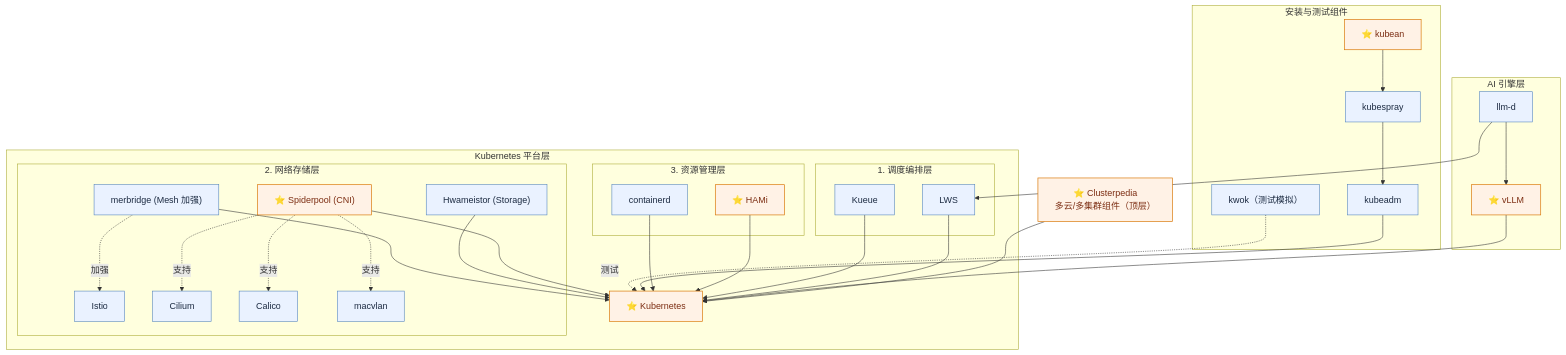
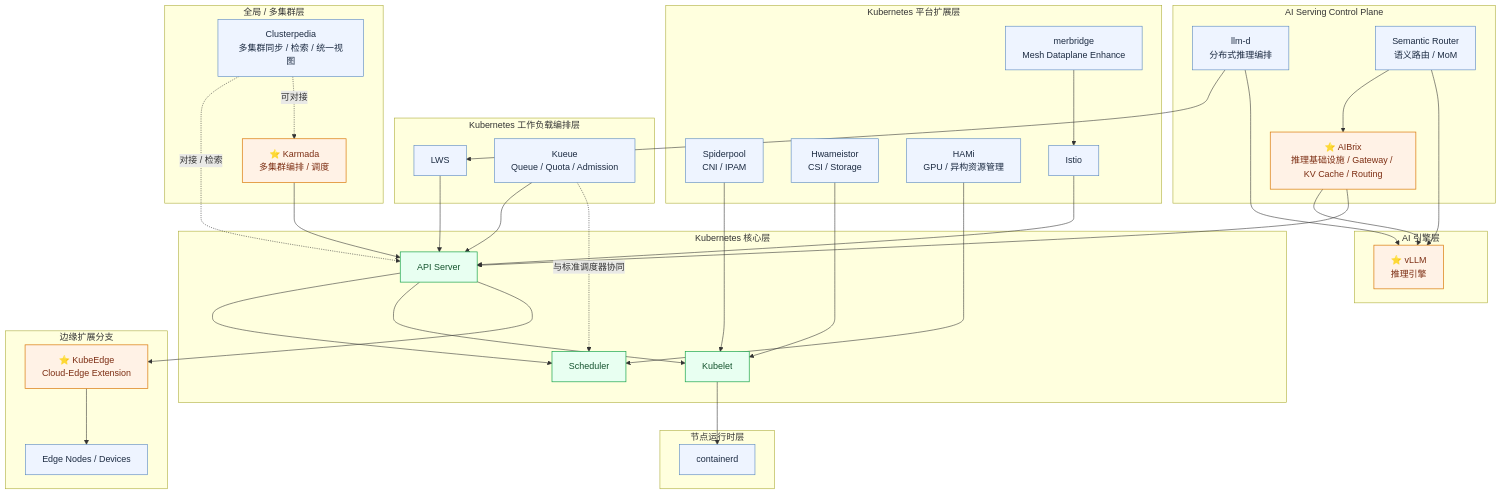
Before and after one commit to pacoxu/AI-Infra: the diagram in case-study/daocloud.md, drawn with Mermaid.

Commit message:
docs(case-study): update daocloud diagram to new layered topology

````diff
--- a/case-study/daocloud.md
+++ b/case-study/daocloud.md
@@ -19,69 +19,87 @@
 ```mermaid
 flowchart TB
-  CP["⭐ Clusterpedia<br/>多云/多集群组件（顶层）"]
-
-  subgraph AI["AI 引擎层"]
-    VLLM["⭐ vLLM"]
-    LLMD["llm-d"]
+  subgraph GLOBAL["全局 / 多集群层"]
+    KAR["⭐ Karmada<br/>多集群编排 / 调度"]
+    CP["Clusterpedia<br/>多集群同步 / 检索 / 统一视图"]
   end
 
-  subgraph K8S["Kubernetes 平台层"]
-    KCORE["⭐ Kubernetes"]
-
-    subgraph SCHED["1. 调度编排层"]
-      LWS["LWS"]
-      KUEUE["Kueue"]
-    end
-
-    subgraph NETSTO["2. 网络存储层"]
-      SP["⭐ Spiderpool (CNI)"]
-      HW["Hwameistor (Storage)"]
-      MB["merbridge (Mesh 加强)"]
-      ISTIO["Istio"]
-      CIL["Cilium"]
-      CAL["Calico"]
-      MAC["macvlan"]
-    end
-
-    subgraph RES["3. 资源管理层"]
-      HAMI["⭐ HAMi"]
-      CTD["containerd"]
-    end
+  subgraph AICP["AI Serving Control Plane"]
+    LLMD["llm-d<br/>分布式推理编排"]
+    AIB["⭐ AIBrix<br/>推理基础设施 / Gateway / KV Cache / Routing"]
+    SR["Semantic Router<br/>语义路由 / MoM"]
   end
 
-  subgraph TOOL["安装与测试组件"]
-    KUBEAN["⭐ kubean"]
-    KSP["kubespray"]
-    KADM["kubeadm"]
-    KWOK["kwok（测试模拟）"]
+  subgraph ENGINE["AI 引擎层"]
+    VLLM["⭐ vLLM<br/>推理引擎"]
   end
 
-  CP --> KCORE
+  subgraph ORCH["Kubernetes 工作负载编排层"]
+    LWS["LWS"]
+    KUEUE["Kueue<br/>Queue / Quota / Admission"]
+  end
+
+  subgraph EXT["Kubernetes 平台扩展层"]
+    SP["Spiderpool<br/>CNI / IPAM"]
+    HW["Hwameistor<br/>CSI / Storage"]
+    MB["merbridge<br/>Mesh Dataplane Enhance"]
+    HAMI["HAMi<br/>GPU / 异构资源管理"]
+    ISTIO["Istio"]
+  end
+
+  subgraph CORE["Kubernetes 核心层"]
+    APIS["API Server"]
+    SCH["Scheduler"]
+    KLET["Kubelet"]
+  end
+
+  subgraph NODE["节点运行时层"]
+    CTD["containerd"]
+  end
+
+  subgraph EDGE["边缘扩展分支"]
+    KE["⭐ KubeEdge<br/>Cloud-Edge Extension"]
+    EN["Edge Nodes / Devices"]
+  end
+
+  %% Global
+  KAR --> APIS
+  CP -. 对接 / 检索 .-> APIS
+  CP -. 可对接 .-> KAR
+
+  %% AI control plane
   LLMD --> LWS
   LLMD --> VLLM
-  VLLM --> KCORE
+  AIB --> VLLM
+  AIB --> APIS
+  SR --> AIB
+  SR --> VLLM
 
-  LWS --> KCORE
-  KUEUE --> KCORE
-  SP --> KCORE
-  HW --> KCORE
-  MB --> KCORE
-  HAMI --> KCORE
-  CTD --> KCORE
+  %% Orchestration
+  LWS --> APIS
+  KUEUE --> APIS
+  KUEUE -. 与标准调度器协同 .-> SCH
 
-  SP -. 支持 .-> CIL
-  SP -. 支持 .-> CAL
-  SP -. 支持 .-> MAC
-  MB -. 加强 .-> ISTIO
+  %% Extensions
+  SP --> KLET
+  HW --> KLET
+  HAMI --> SCH
+  MB --> ISTIO
+  ISTIO --> APIS
 
-  KUBEAN --> KSP
-  KSP --> KADM
-  KADM --> KCORE
-  KWOK -. 测试 .-> KCORE
+  %% Core to runtime
+  APIS --> SCH
+  APIS --> KLET
+  KLET --> CTD
 
-  classDef star fill:#fff2e6,stroke:#d97706,color:#7c2d12,stroke-width:1.2px;
-  classDef normal fill:#eaf2ff,stroke:#4f81bd,color:#1b2a41,stroke-width:1px;
+  %% Edge
+  APIS --> KE
+  KE --> EN
 
-  class CP,VLLM,KCORE,SP,HAMI,KUBEAN star;
-  class LLMD,LWS,KUEUE,HW,MB,ISTIO,CIL,CAL,MAC,CTD,KSP,KADM,KWOK normal;
+  classDef top fill:#fff2e6,stroke:#d97706,color:#7c2d12,stroke-width:1.2px;
+  classDef mid fill:#eef4ff,stroke:#4f81bd,color:#1b2a41,stroke-width:1px;
+  classDef core fill:#e8fff1,stroke:#16a34a,color:#14532d,stroke-width:1.2px;
+
+  class KAR,AIB,VLLM,KE top;
+  class CP,LLMD,SR,LWS,KUEUE,SP,HW,MB,HAMI,ISTIO,CTD,EN mid;
+  class APIS,SCH,KLET core;
 ```
````
